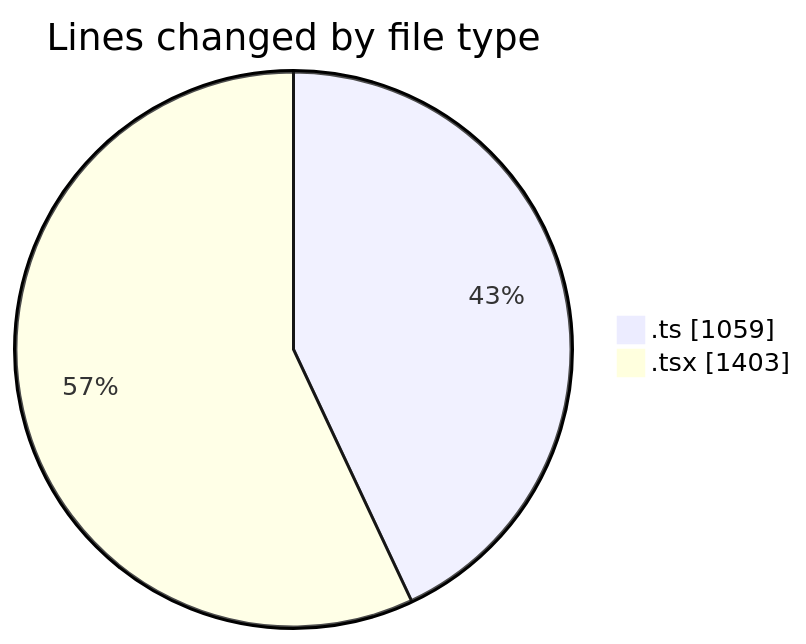
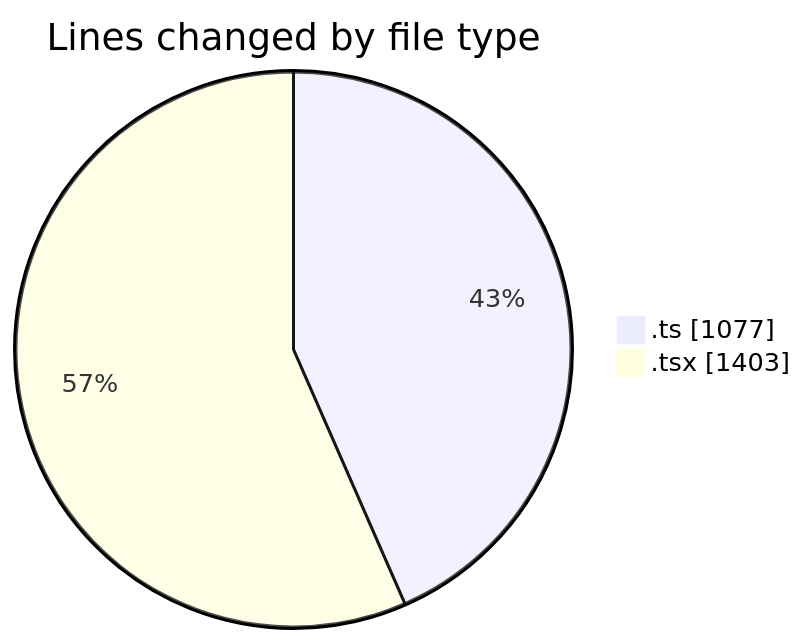
The first of 2 diagrams in 2025-09-02/cda/README.md (momahboobian/code-tracking), drawn with Mermaid before and after one commit. The commit also changed other lines of this file and 1 other file, not shown here.

````diff
--- a/2025-09-02/cda/README.md
+++ b/2025-09-02/cda/README.md
@@ -28,6 +28,6 @@
 ```mermaid
 pie showData
 title Lines changed by file type
-".ts" : 1059
+".ts" : 1077
 ".tsx" : 1403
 ```
````
